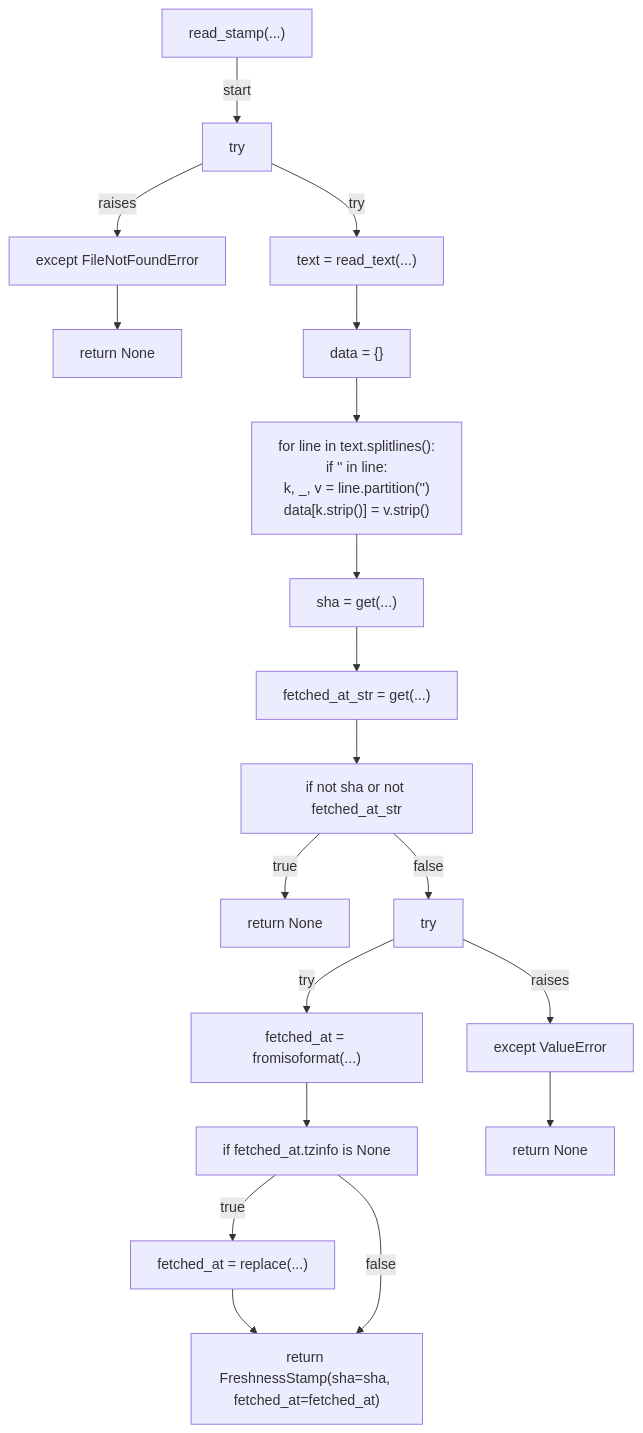
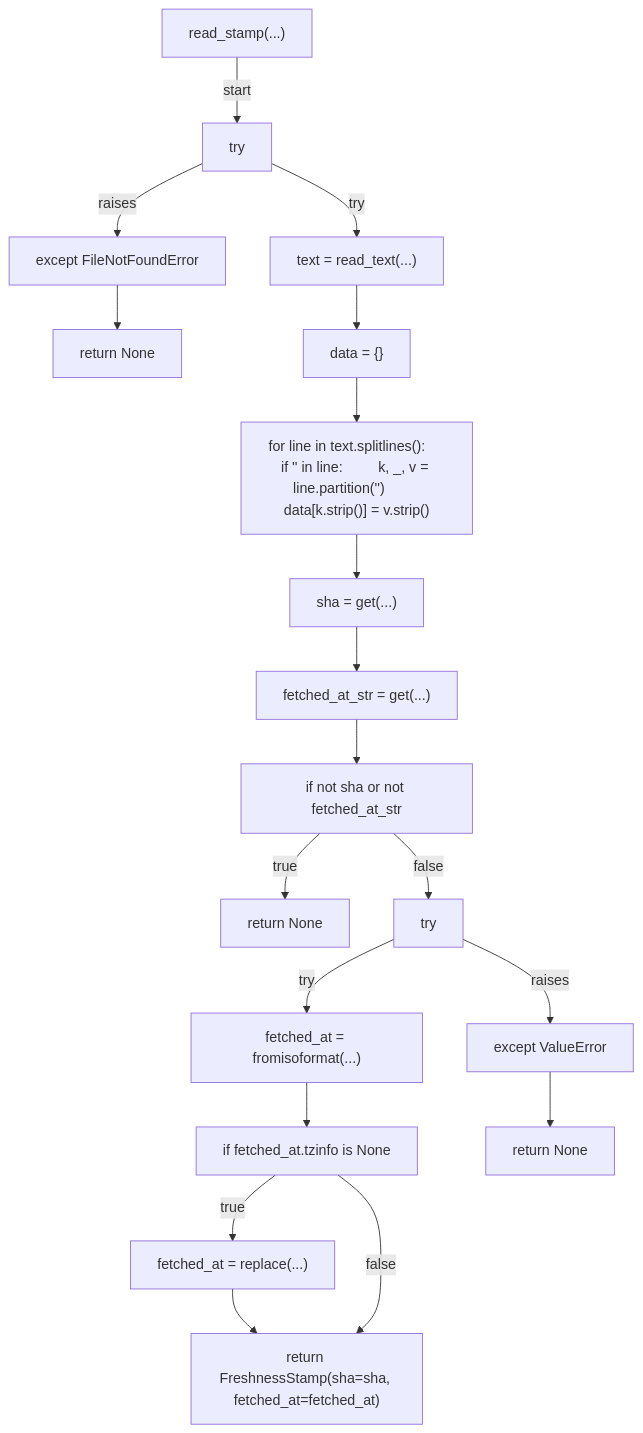
One commit to tvna/claude-md changed the second of 12 diagrams in docs/generated/scripts/ast/preflight_main_freshness.md. Above: the diagram before and after it, drawn with Mermaid. The commit also changed 29 other files, not shown here.

First line of the commit message:
docs(generated): regenerate decision tree and workflow diagrams (batch 3/5)

````diff
--- a/docs/generated/scripts/ast/preflight_main_freshness.md
+++ b/docs/generated/scripts/ast/preflight_main_freshness.md
@@ -16,42 +16,39 @@
 ```mermaid
 flowchart TD
     N001["read_stamp(...)"]
     N002["try"]
     N003["text = read_text(...)"]
     N004["except FileNotFoundError"]
     N005["return None"]
     N006["data = {}"]
-    N007["for line in text.splitlines():
-    if '<str>' in line:
-        k, _, v = line.partition('<str>')
-        data[k.strip()] = v.strip()"]
+    N007["for line in text.splitlines():     if '<str>' in line:         k, _, v = line.partition('<str>')         data[k.strip()] = v.strip()"]
     N008["sha = get(...)"]
     N009["fetched_at_str = get(...)"]
     N010["if not sha or not fetched_at_str"]
     N011["return None"]
     N012["try"]
     N013["fetched_at = fromisoformat(...)"]
     N014["if fetched_at.tzinfo is None"]
     N015["fetched_at = replace(...)"]
     N016["except ValueError"]
     N017["return None"]
     N018["return FreshnessStamp(sha=sha, fetched_at=fetched_at)"]
     N001 -->|"start"| N002
     N002 -->|"try"| N003
     N002 -->|"raises"| N004
     N004 --> N005
     N003 --> N006
     N006 --> N007
     N007 --> N008
     N008 --> N009
     N009 --> N010
     N010 -->|"true"| N011
     N010 -->|"false"| N012
     N012 -->|"try"| N013
     N013 --> N014
     N014 -->|"true"| N015
     N012 -->|"raises"| N016
     N016 --> N017
     N015 --> N018
     N014 -->|"false"| N018
 ```
````
